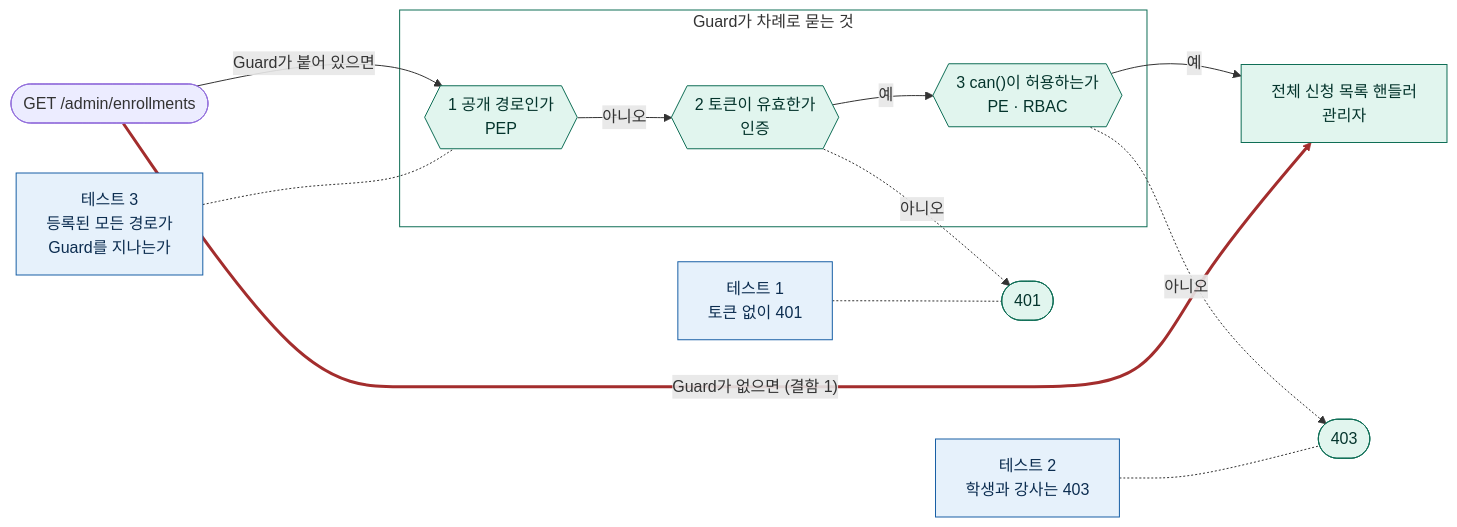
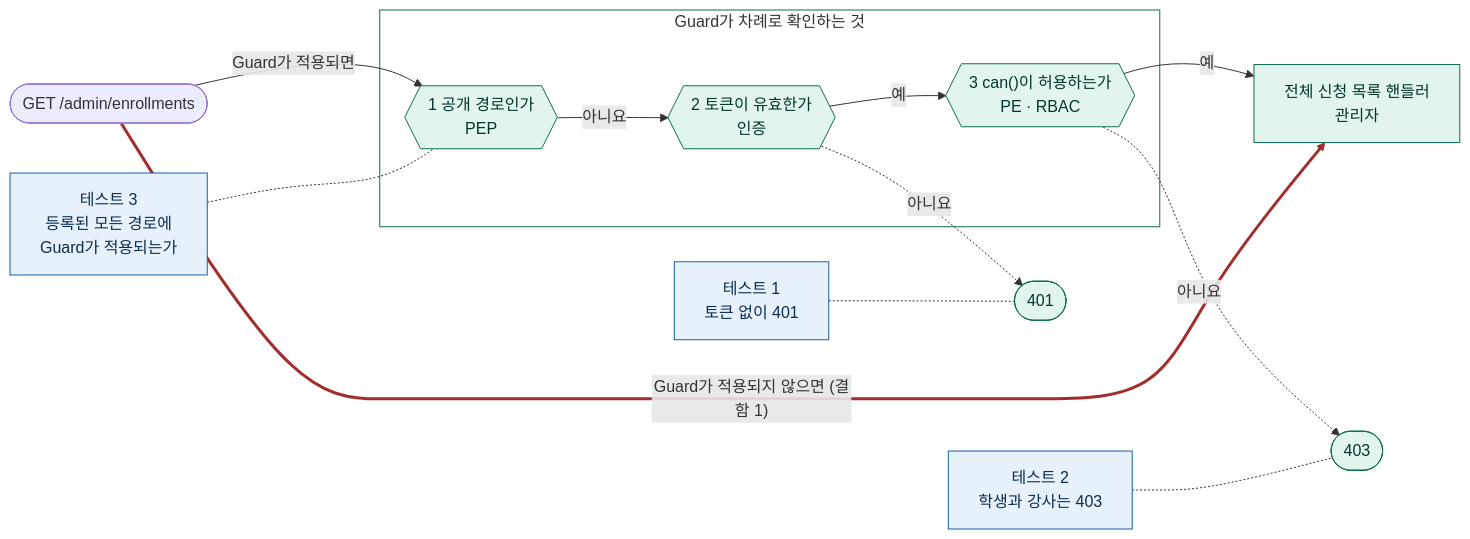
Before and after one commit to loquemedalagana/secure-enroll-demo: the second of 3 diagrams in docs/diagnosis/defect-1.md, drawn with Mermaid.

Commit message:
docs: 결함 1 보고서 그림의 글자를 본문과 같은 말로 고침
테스트 그림의 '묻는 것', 'Guard가 붙어 있으면', 'Guard가 없으면',
'경로가 Guard를 지나는가'를 본문이 쓰는 '확인하다', 'Guard가 적용되다'로 맞췄다.
화살표의 '아니오'는 결함 8 보고서의 그림과 같은 '아니요'로 고쳤다.

````diff
--- a/docs/diagnosis/defect-1.md
+++ b/docs/diagnosis/defect-1.md
@@ -122,28 +122,28 @@
 ```mermaid
 flowchart LR
   req(["GET /admin/enrollments"])
 
-  subgraph guard["Guard가 차례로 묻는 것"]
+  subgraph guard["Guard가 차례로 확인하는 것"]
     s1{{"1 공개 경로인가<br/>PEP"}}
     s2{{"2 토큰이 유효한가<br/>인증"}}
     s3{{"3 can()이 허용하는가<br/>PE · RBAC"}}
-    s1 -- "아니오" --> s2 -- "예" --> s3
+    s1 -- "아니요" --> s2 -- "예" --> s3
   end
 
-  req -- "Guard가 붙어 있으면" --> s1
+  req -- "Guard가 적용되면" --> s1
   s3 -- "예" --> h["전체 신청 목록 핸들러<br/>관리자"]
-  s2 -. "아니오" .-> r401(["401"])
-  s3 -. "아니오" .-> r403(["403"])
-  req == "Guard가 없으면 (결함 1)" ==> h
+  s2 -. "아니요" .-> r401(["401"])
+  s3 -. "아니요" .-> r403(["403"])
+  req == "Guard가 적용되지 않으면 (결함 1)" ==> h
 
-  t3["테스트 3<br/>등록된 모든 경로가<br/>Guard를 지나는가"] -.- s1
+  t3["테스트 3<br/>등록된 모든 경로에<br/>Guard가 적용되는가"] -.- s1
   t1["테스트 1<br/>토큰 없이 401"] -.- r401
   t2["테스트 2<br/>학생과 강사는 403"] -.- r403
 
   classDef safe fill:#E1F5EE,stroke:#0F6E56,color:#04342C
   classDef test fill:#E6F1FB,stroke:#185FA5,color:#0C2D50
   class s1,s2,s3,r401,r403,h safe
   class t1,t2,t3 test
   style guard fill:none,stroke:#0F6E56
   linkStyle 6 stroke:#A32D2D,stroke-width:3px
 ```
````
